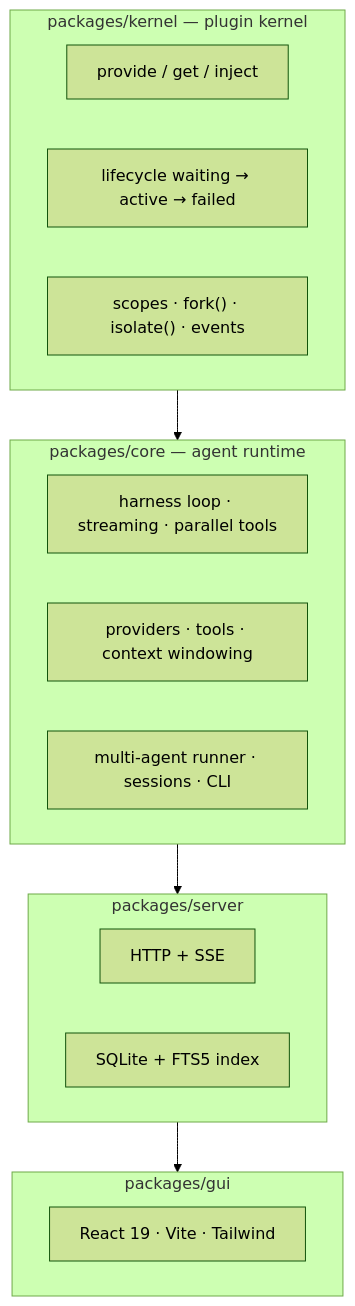
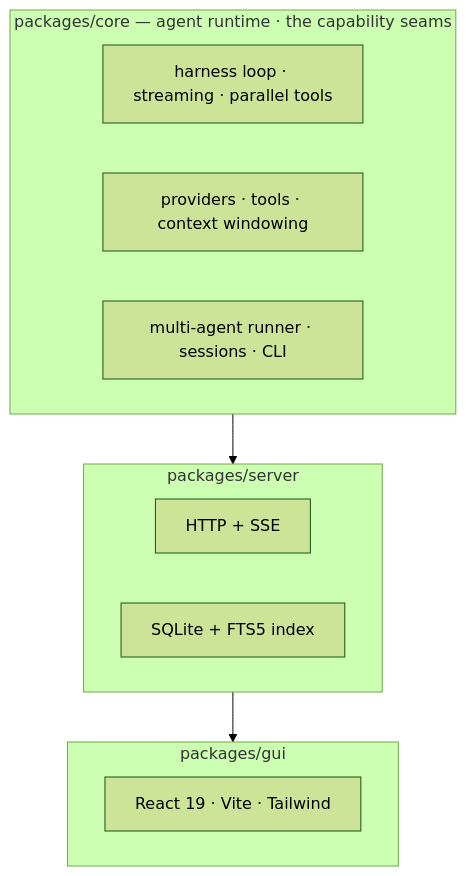
The second of 3 diagrams in README.md (AlexZhangUPUPUP/micro-harness), drawn with Mermaid (forest theme) before and after one commit. The commit also changed other lines of this file and 20 other files, not shown here.

First line of the commit message:
refactor: seams, not a container — delete the plugin kernel, add a filesystem seam

````diff
--- a/README.md
+++ b/README.md
@@ -167,25 +179,19 @@
 ```mermaid
 flowchart TB
-  subgraph K["packages/kernel — plugin kernel"]
-    k1["provide / get / inject"]
-    k2["lifecycle waiting → active → failed"]
-    k3["scopes · fork() · isolate() · events"]
-  end
-
-  subgraph CO["packages/core — agent runtime"]
+  subgraph CO["packages/core — agent runtime · the capability seams"]
     c1["harness loop · streaming · parallel tools"]
     c2["providers · tools · context windowing"]
     c3["multi-agent runner · sessions · CLI"]
   end
 
   subgraph SV["packages/server"]
     s1["HTTP + SSE"]
     s2["SQLite + FTS5 index"]
   end
 
   subgraph GU["packages/gui"]
     g1["React 19 · Vite · Tailwind"]
   end
 
-  K --> CO --> SV --> GU
+  CO --> SV --> GU
 ```
````
